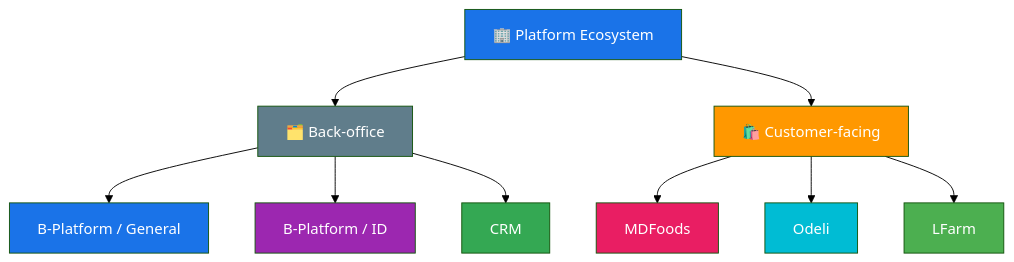
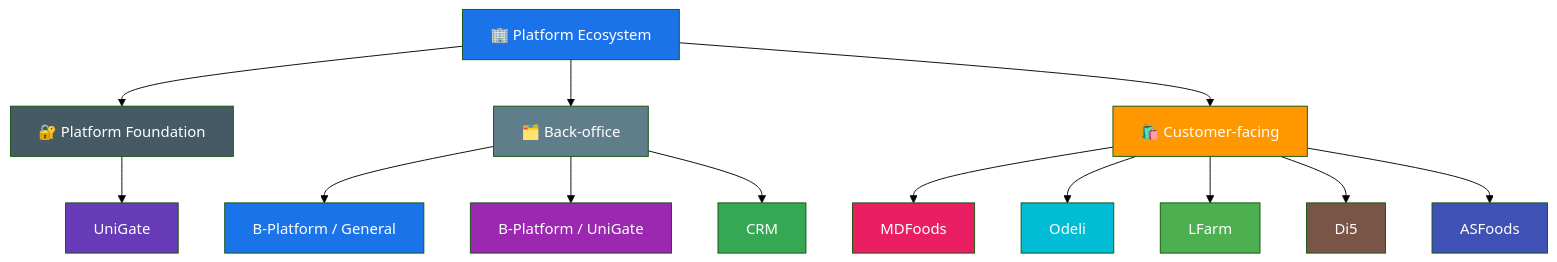
Before and after one commit to b-platform-vn/docs--business-requirements: the diagram in products/README.md, drawn with Mermaid (forest theme). The commit also changed other lines of this file and 24 other files, not shown here.

Commit message:
Add UniGate identity platform and B-Platform Super App design system

````diff
--- a/products/README.md
+++ b/products/README.md
@@ -14,24 +15,32 @@
 ```mermaid
 graph TD
     Ecosystem[🏢 Platform Ecosystem]
+    Ecosystem --> PF[🔐 Platform Foundation]
     Ecosystem --> BO[🗂️ Back-office]
     Ecosystem --> CF[🛍️ Customer-facing]
 
+    PF --> UniGate[UniGate]
     BO --> General[B-Platform / General]
-    BO --> ID[B-Platform / ID]
+    BO --> BPUG[B-Platform / UniGate]
     BO --> CRM[CRM]
 
     CF --> MDFoods[MDFoods]
     CF --> Odeli[Odeli]
     CF --> LFarm[LFarm]
+    CF --> Di5[Di5]
+    CF --> ASFoods[ASFoods]
 
     style Ecosystem fill:#1a73e8,color:#fff
+    style PF fill:#455A64,color:#fff
     style BO fill:#607D8B,color:#fff
     style CF fill:#FF9800,color:#fff
+    style UniGate fill:#673AB7,color:#fff
     style General fill:#1a73e8,color:#fff
-    style ID fill:#9C27B0,color:#fff
+    style BPUG fill:#9C27B0,color:#fff
     style CRM fill:#34a853,color:#fff
     style MDFoods fill:#E91E63,color:#fff
     style Odeli fill:#00BCD4,color:#fff
     style LFarm fill:#4CAF50,color:#fff
+    style Di5 fill:#795548,color:#fff
+    style ASFoods fill:#3F51B5,color:#fff
 ```
````
